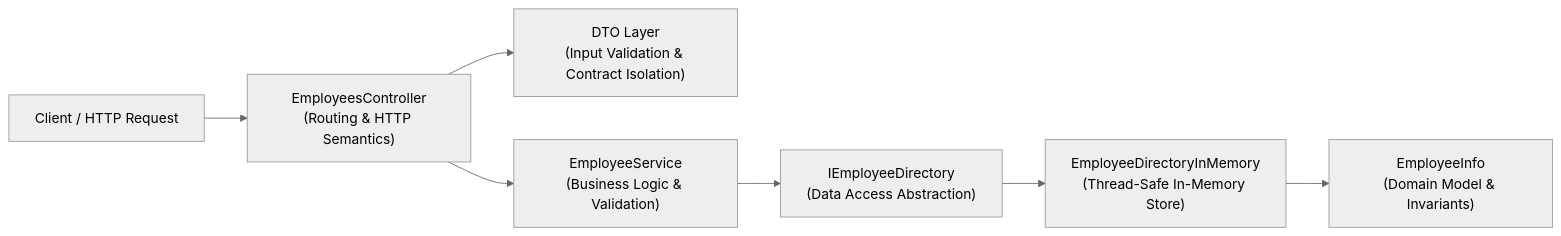
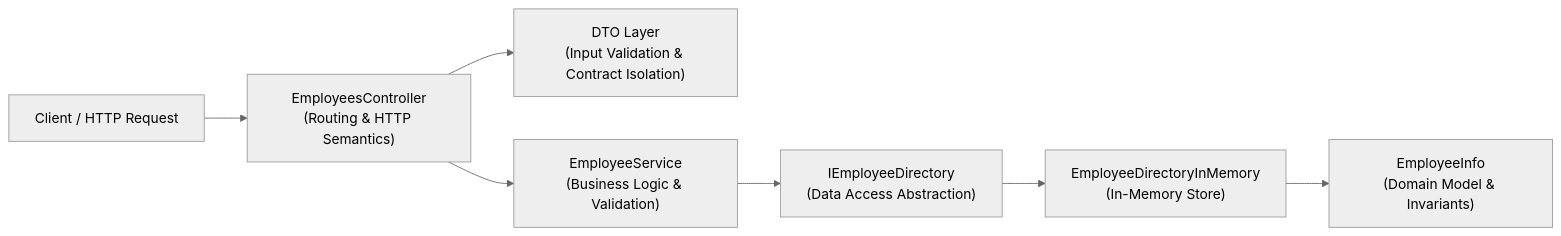
One commit to kapilgaire312/Employee-Directory-Web-Api changed the diagram in README.md. Above: the diagram before and after it, drawn with Mermaid (neutral theme). The commit also changed other lines of this file and 10 other files, not shown here.

Commit message:
add: EmployeeDirectoryContext, added it as a scoped service in Program.cs, namespace fixes

````diff
--- a/README.md
+++ b/README.md
@@ -29,9 +29,9 @@
 ```mermaid
 flowchart LR
     Client["Client / HTTP Request"] --> Controller["EmployeesController\n(Routing & HTTP Semantics)"]
     Controller --> Dto["DTO Layer\n(Input Validation & Contract Isolation)"]
     Controller --> Service["EmployeeService\n(Business Logic & Validation)"]
     Service --> Repo["IEmployeeDirectory\n(Data Access Abstraction)"]
-    Repo --> Storage["EmployeeDirectoryInMemory\n(Thread-Safe In-Memory Store)"]
+    Repo --> Storage["EmployeeDirectoryInMemory\n(In-Memory Store)"]
     Storage --> Domain["EmployeeInfo\n(Domain Model & Invariants)"]
 ```
````
